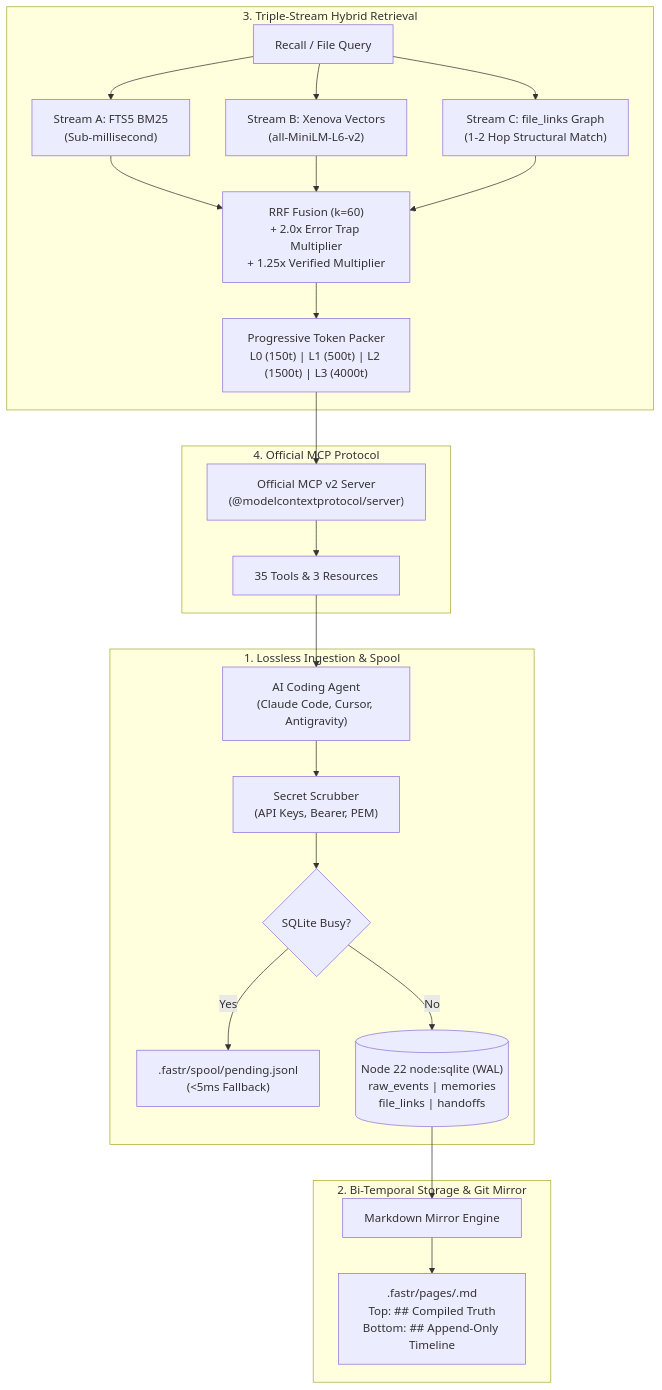
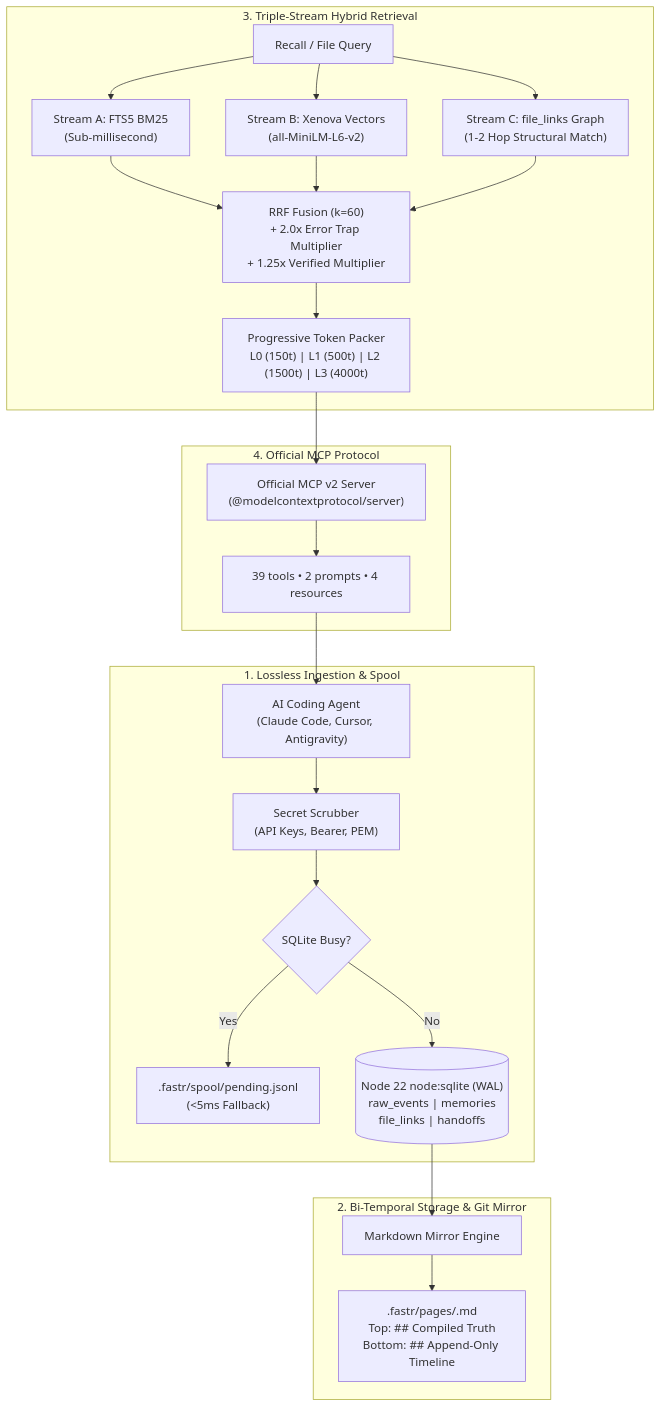
The diagram in README.md (atifjubaer/fastrmemory), drawn with Mermaid before and after one commit. The commit also changed other lines of this file and 4 other files, not shown here.

````diff
--- a/README.md
+++ b/README.md
@@ -419,29 +375,29 @@
 ```mermaid
 flowchart TD
     subgraph Ingestion["1. Lossless Ingestion & Spool"]
         Agent["AI Coding Agent\n(Claude Code, Cursor, Antigravity)"] --> Scrubber["Secret Scrubber\n(API Keys, Bearer, PEM)"]
         Scrubber --> Spool{"SQLite Busy?"}
         Spool -- Yes --> SpoolFile[".fastr/spool/pending.jsonl\n(<5ms Fallback)"]
         Spool -- No --> DB
     end
 
     subgraph Storage["2. Bi-Temporal Storage & Git Mirror"]
         DB[("Node 22 node:sqlite (WAL)\nraw_events | memories\nfile_links | handoffs")]
         DB --> Mirror["Markdown Mirror Engine"]
         Mirror --> Pages[".fastr/pages/<module>.md\nTop: ## Compiled Truth\nBottom: ## Append-Only Timeline"]
     end
 
     subgraph Search["3. Triple-Stream Hybrid Retrieval"]
         Query["Recall / File Query"] --> FTS["Stream A: FTS5 BM25\n(Sub-millisecond)"]
         Query --> Vec["Stream B: Xenova Vectors\n(all-MiniLM-L6-v2)"]
         Query --> Graph["Stream C: file_links Graph\n(1-2 Hop Structural Match)"]
         FTS & Vec & Graph --> RRF["RRF Fusion (k=60)\n+ 2.0x Error Trap Multiplier\n+ 1.25x Verified Multiplier"]
         RRF --> Budget["Progressive Token Packer\nL0 (150t) | L1 (500t) | L2 (1500t) | L3 (4000t)"]
     end
 
     subgraph Protocol["4. Official MCP Protocol"]
         Budget --> MCPServer["Official MCP v2 Server\n(@modelcontextprotocol/server)"]
-        MCPServer --> Tools["35 Tools & 3 Resources"]
+        MCPServer --> Tools["39 tools • 2 prompts • 4 resources"]
         Tools --> Agent
     end
 ```
````
